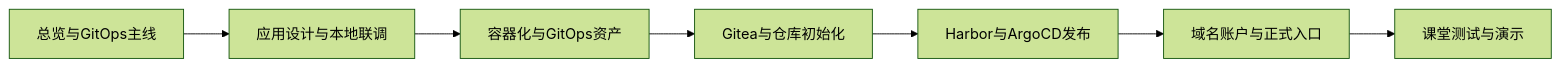
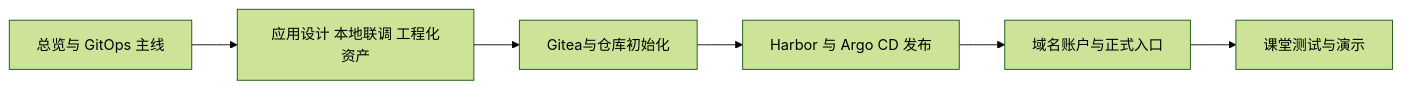
One commit to hwang-protocol/docker_k8s_2026 changed the diagram in k8s/06-gitops-and-automation/docs/01_chapter_guide.md. Above: the diagram before and after it, drawn with Mermaid (forest theme). The commit also changed other lines of this file and 33 other files, not shown here.

````diff
--- a/k8s/06-gitops-and-automation/docs/01_chapter_guide.md
+++ b/k8s/06-gitops-and-automation/docs/01_chapter_guide.md
@@ -29,17 +40,15 @@
 ```mermaid
 flowchart LR
-  overview[总览与GitOps主线]
-  preview[应用设计与本地联调]
-  assets[容器化与GitOps资产]
+  overview[总览与 GitOps 主线]
+  preview[应用设计 本地联调 工程化资产]
   gitea[Gitea与仓库初始化]
-  release[Harbor与ArgoCD发布]
+  release[Harbor 与 Argo CD 发布]
   entry[域名账户与正式入口]
   demo[课堂测试与演示]
 
   overview --> preview
-  preview --> assets
-  assets --> gitea
+  preview --> gitea
   gitea --> release
   release --> entry
   entry --> demo
 ```
````
